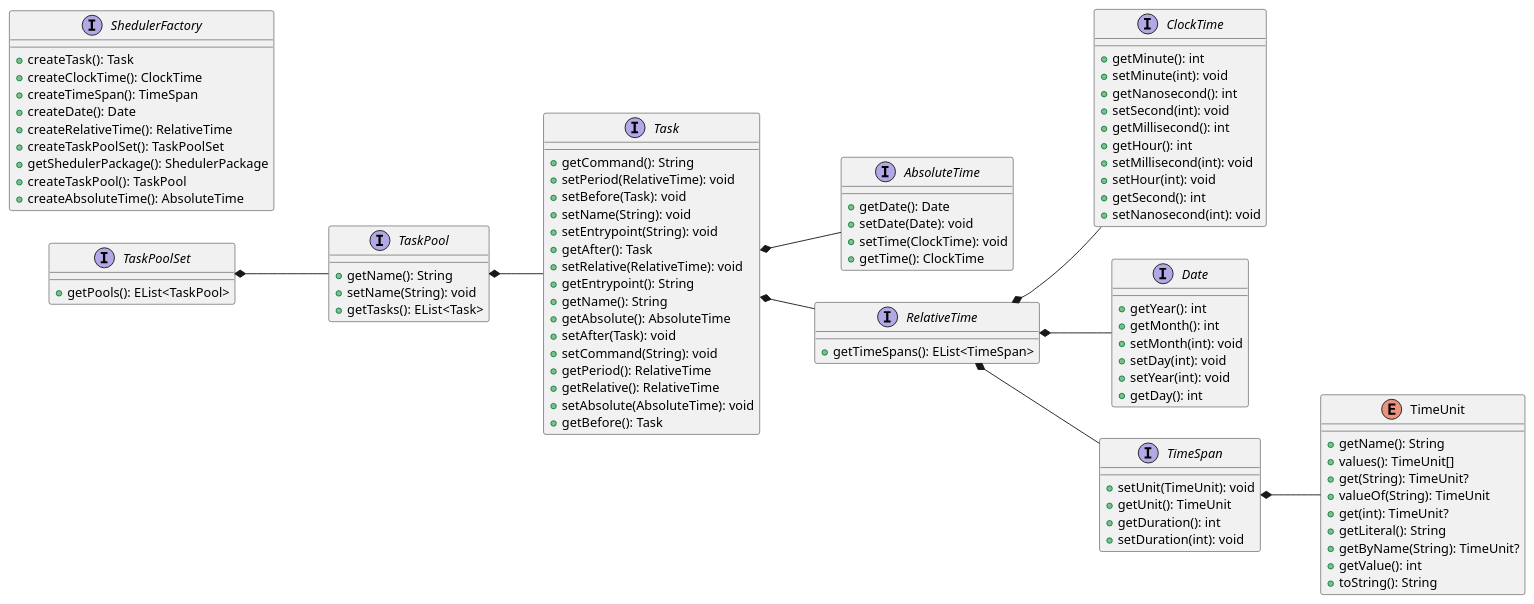
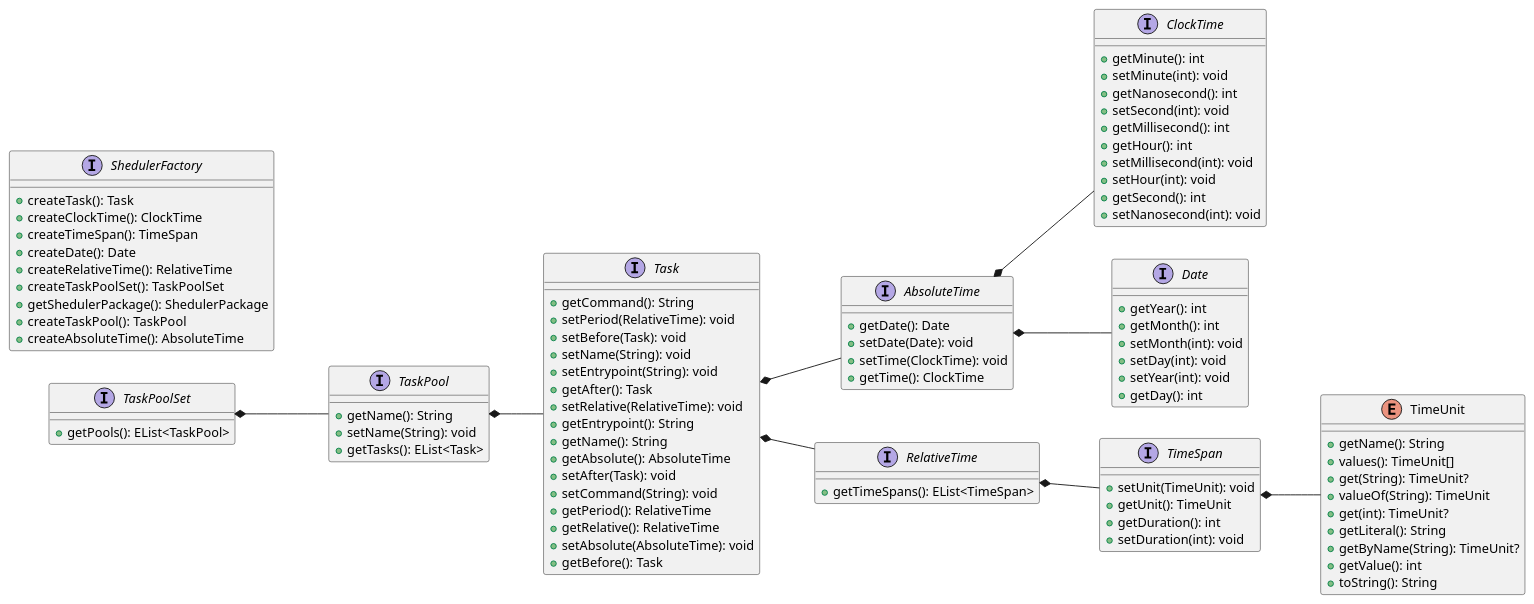
Before and after one commit to unibo-spe/spe-slides: the fourth of 4 diagrams in content/11-mdd/_index.md, drawn with PlantUML. The commit also changed other lines of this file and 1 other file, not shown here.

```diff
--- a/content/11-mdd/_index.md
+++ b/content/11-mdd/_index.md
@@ -886,7 +886,7 @@
 Task *-- AbsoluteTime
 RelativeTime *-- TimeSpan
 TimeSpan *-- TimeUnit
-RelativeTime *-- Date
-RelativeTime *-- ClockTime
+AbsoluteTime *-- Date
+AbsoluteTime *-- ClockTime
 @enduml
 {{< /plantuml >}}
```
